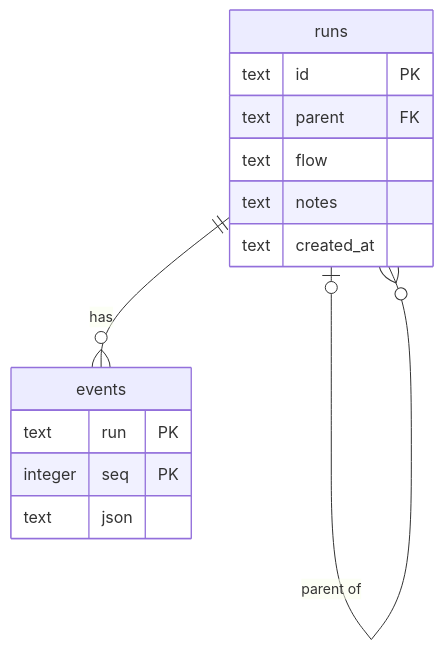
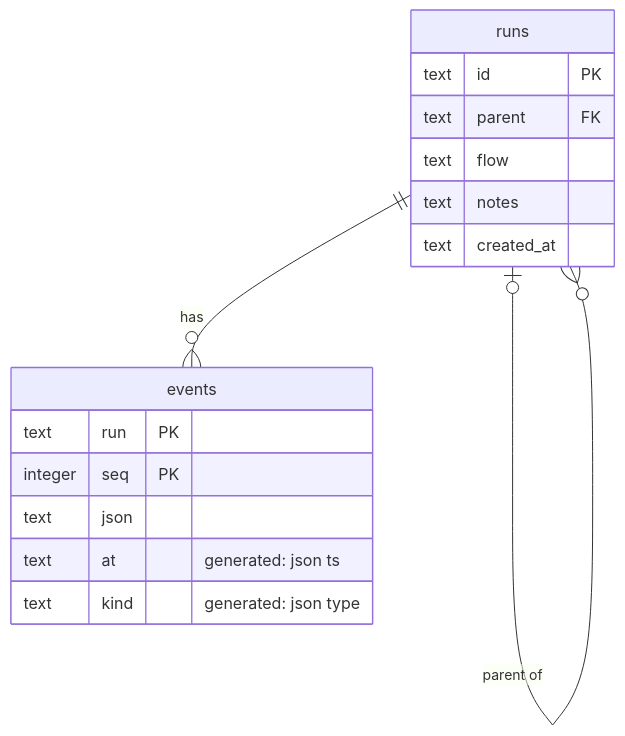
The second of 3 diagrams in docs/harness/RUN-LOOP.md (ILIYANGERMANOV/nixos), drawn with Mermaid before and after one commit. The commit also changed other lines of this file and 27 other files, not shown here.

````diff
--- a/docs/harness/RUN-LOOP.md
+++ b/docs/harness/RUN-LOOP.md
@@ -76,17 +93,19 @@
 ```mermaid
 erDiagram
   runs ||--o{ events : "has"
   runs |o--o{ runs : "parent of"
   runs {
     text id PK
     text parent FK
     text flow
     text notes
     text created_at
   }
   events {
     text run PK
     integer seq PK
     text json
+    text at "generated: json ts"
+    text kind "generated: json type"
   }
 ```
````
